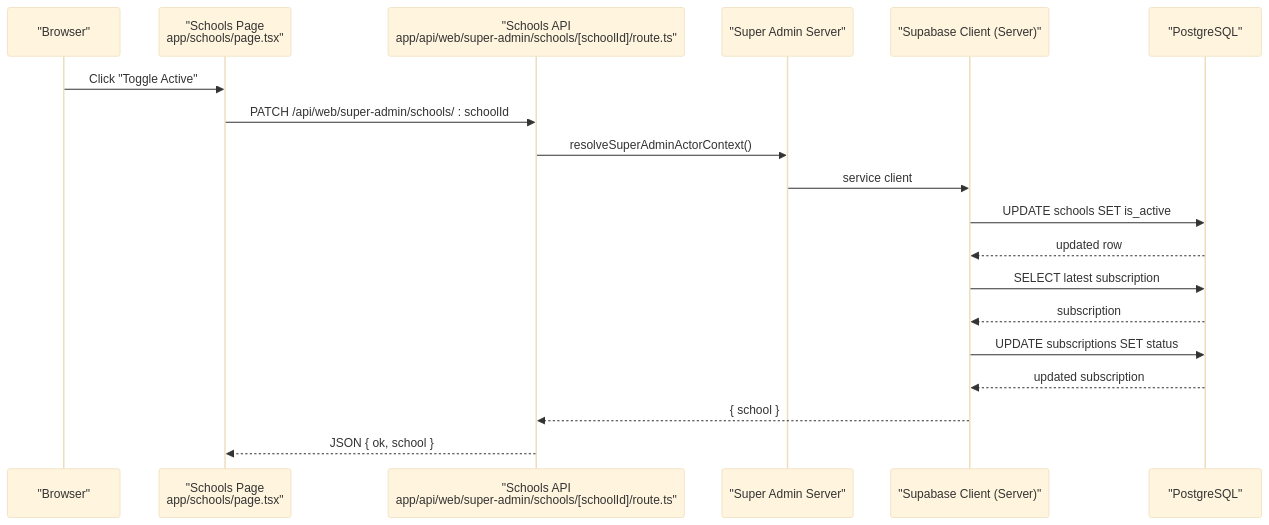
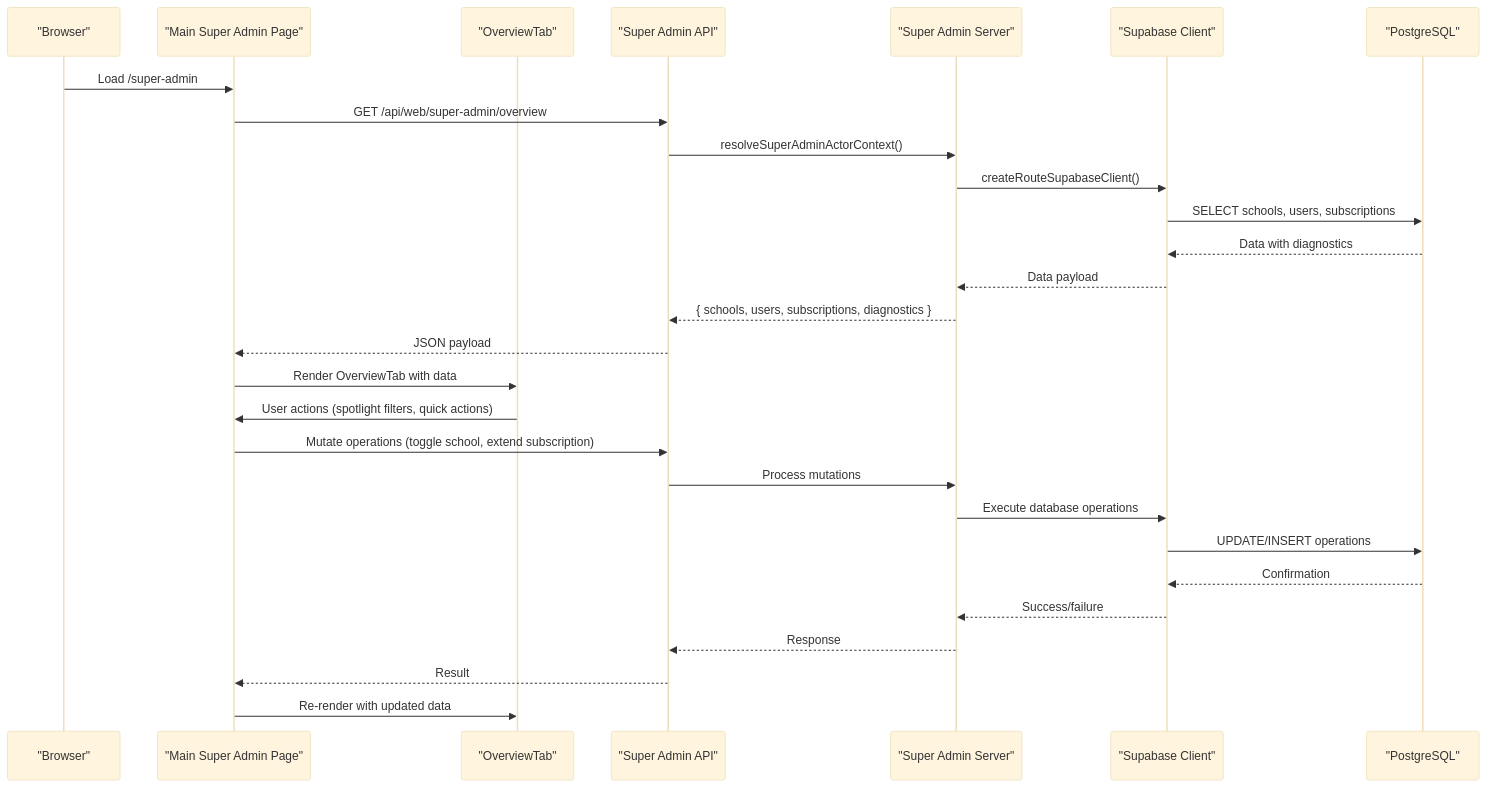
One commit to mustafaalkusaj/appschoolmustafa2002 changed the second of 9 diagrams in .qoder/repowiki/en/content/Multi-Tenant Management/Multi-Tenant Management.md. Above: the diagram before and after it, drawn with Mermaid (base theme). The commit also changed other lines of this file and 85 other files, not shown here.

````diff
--- a/.qoder/repowiki/en/content/Multi-Tenant Management/Multi-Tenant Management.md
+++ b/.qoder/repowiki/en/content/Multi-Tenant Management/Multi-Tenant Management.md
@@ -229,21 +132,30 @@
 ```mermaid
 sequenceDiagram
 participant Browser as "Browser"
-participant Page as "Schools Page<br/>app/schools/page.tsx"
-participant API as "Schools API<br/>app/api/web/super-admin/schools/[schoolId]/route.ts"
+participant Main as "Main Super Admin Page"
+participant Overview as "OverviewTab"
+participant API as "Super Admin API"
 participant SAS as "Super Admin Server"
-participant SS as "Supabase Client (Server)"
+participant SS as "Supabase Client"
 participant DB as "PostgreSQL"
-Browser->>Page : Click "Toggle Active"
-Page->>API : PATCH /api/web/super-admin/schools/ : schoolId
+Browser->>Main : Load /super-admin
+Main->>API : GET /api/web/super-admin/overview
 API->>SAS : resolveSuperAdminActorContext()
-SAS->>SS : service client
-SS->>DB : UPDATE schools SET is_active
-DB-->>SS : updated row
-SS->>DB : SELECT latest subscription
-DB-->>SS : subscription
-SS->>DB : UPDATE subscriptions SET status
-DB-->>SS : updated subscription
-SS-->>API : { school }
-API-->>Page : JSON { ok, school }
+SAS->>SS : createRouteSupabaseClient()
+SS->>DB : SELECT schools, users, subscriptions
+DB-->>SS : Data with diagnostics
+SS-->>SAS : Data payload
+SAS-->>API : { schools, users, subscriptions, diagnostics }
+API-->>Main : JSON payload
+Main->>Overview : Render OverviewTab with data
+Overview->>Main : User actions (spotlight filters, quick actions)
+Main->>API : Mutate operations (toggle school, extend subscription)
+API->>SAS : Process mutations
+SAS->>SS : Execute database operations
+SS->>DB : UPDATE/INSERT operations
+DB-->>SS : Confirmation
+SS-->>SAS : Success/failure
+SAS-->>API : Response
+API-->>Main : Result
+Main->>Overview : Re-render with updated data
 ```
````
